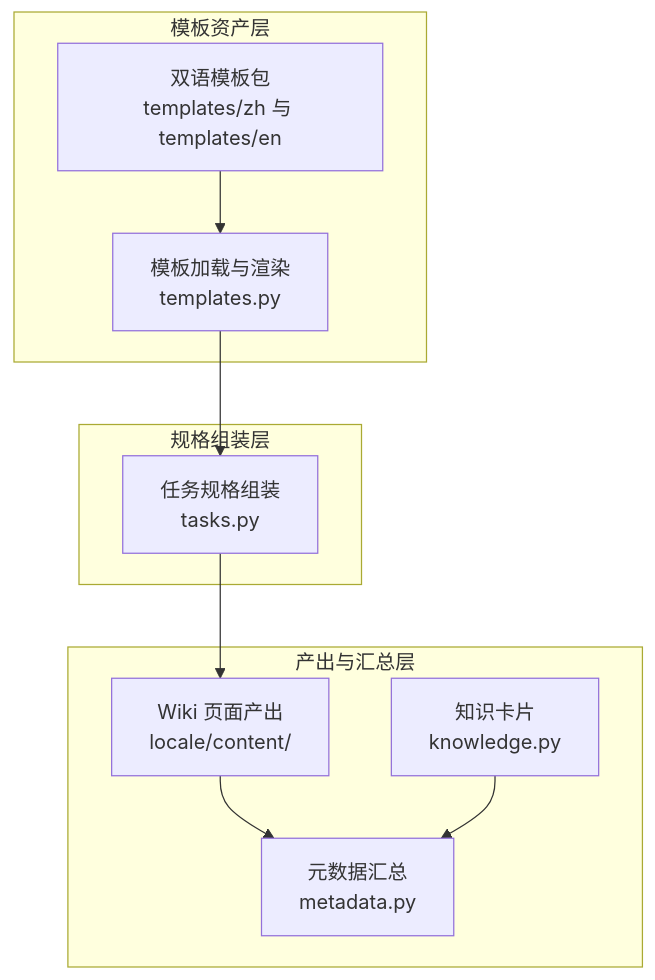
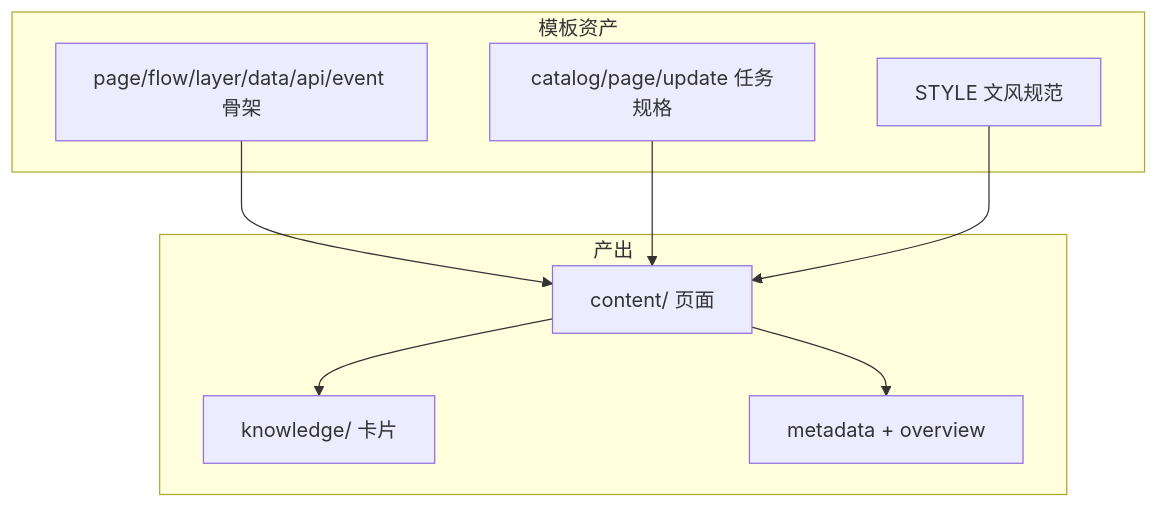
One commit to luomsis/repowiki changed the first of 3 diagrams in .repowiki/zh/content/内容产出与模板/内容产出与模板.md. Above: the diagram before and after it, drawn with Mermaid. The commit also changed other lines of this file and 100 other files, not shown here.

````diff
--- a/.repowiki/zh/content/内容产出与模板/内容产出与模板.md
+++ b/.repowiki/zh/content/内容产出与模板/内容产出与模板.md
@@ -49,20 +45,18 @@
 ```mermaid
 graph TB
-subgraph "模板资产层"
-TPLDIR["双语模板包<br/>templates/zh 与 templates/en"]
-LOADER["模板加载与渲染<br/>templates.py"]
+subgraph "模板资产"
+TPL["page/flow/layer/data/api/event 骨架"]
+SPEC["catalog/page/update 任务规格"]
+STYLE["STYLE 文风规范"]
 end
-subgraph "规格组装层"
-TASKS["任务规格组装<br/>tasks.py"]
+subgraph "产出"
+PAGES["content/ 页面"]
+KNOW["knowledge/ 卡片"]
+META["metadata + overview"]
 end
-subgraph "产出与汇总层"
-PAGE["Wiki 页面产出<br/>locale/content/"]
-META["元数据汇总<br/>metadata.py"]
-KNOW["知识卡片<br/>knowledge.py"]
-end
-TPLDIR --> LOADER
-LOADER --> TASKS
-TASKS --> PAGE
-PAGE --> META
-KNOW --> META
+TPL --> PAGES
+SPEC --> PAGES
+STYLE --> PAGES
+PAGES --> KNOW
+PAGES --> META
 ```
````
